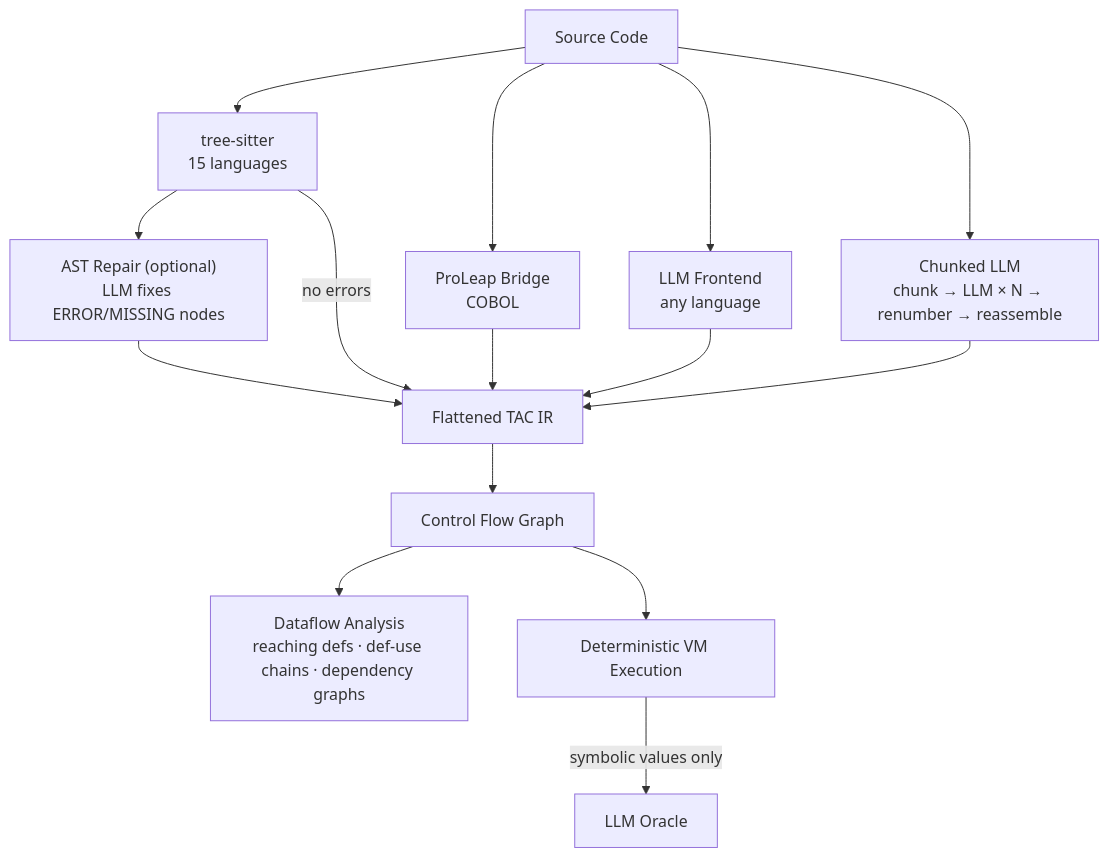
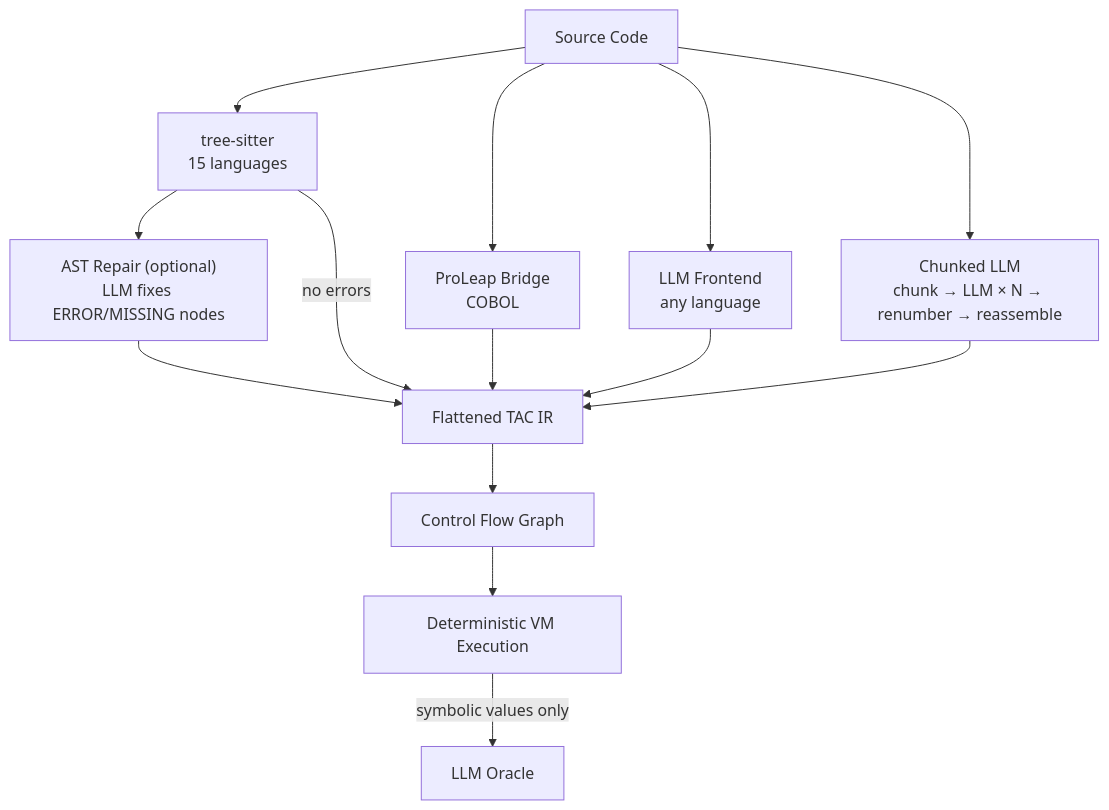
One commit to avishek-sen-gupta/red-dragon changed the first of 2 diagrams in README.md. Above: the diagram before and after it, drawn with Mermaid. The commit also changed other lines of this file and 61 other files, not shown here.

First line of the commit message:
refactor: remove register dataflow and interprocedural analysis

````diff
--- a/README.md
+++ b/README.md
@@ -102,19 +99,18 @@
 ```mermaid
 flowchart TD
     SRC[Source Code] --> DET["tree-sitter<br>15 languages"]
     SRC --> COBOL["ProLeap Bridge<br>COBOL"]
     SRC --> LLM["LLM Frontend<br>any language"]
     SRC --> CHUNK["Chunked LLM<br>chunk → LLM × N → renumber → reassemble"]
 
     DET --> REPAIR["AST Repair (optional)<br>LLM fixes ERROR/MISSING nodes"]
     REPAIR --> IR[Flattened TAC IR]
     DET -->|no errors| IR
     COBOL --> IR
     LLM --> IR
     CHUNK --> IR
 
     IR --> CFG[Control Flow Graph]
-    CFG --> DF["Dataflow Analysis<br>reaching defs · def-use chains · dependency graphs"]
     CFG --> VM[Deterministic VM Execution]
     VM -->|symbolic values only| ORACLE[LLM Oracle]
 ```
````
